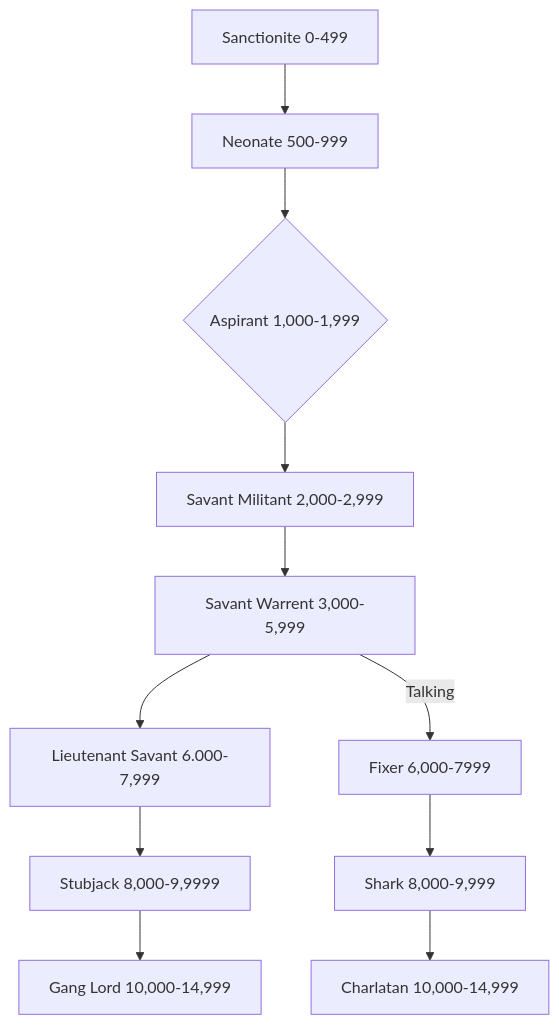
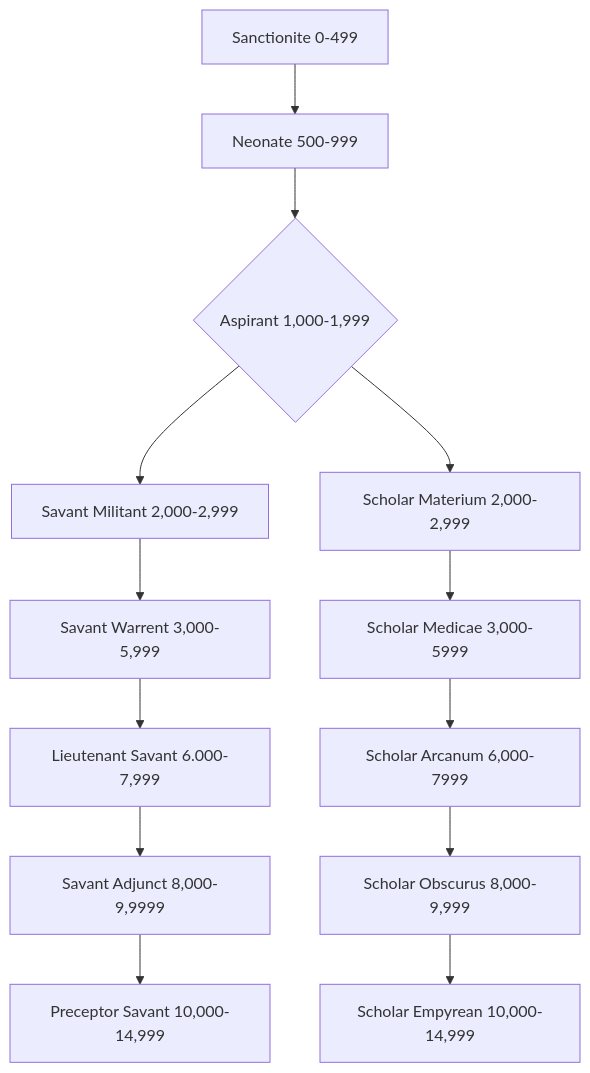
The diagram in Core Rule book/Classes/Imperial Psyker.md (zyzyx159/Rule-books), drawn with Mermaid before and after one commit.

Commit message:
vault backup: 2025-06-10 07:20:09

````diff
--- a/Core Rule book/Classes/Imperial Psyker.md
+++ b/Core Rule book/Classes/Imperial Psyker.md
@@ -24,13 +24,15 @@
 ```mermaid
 graph TD
 A[Sanctionite 0-499] --> B[Neonate 500-999];
 B --> C{Aspirant 1,000-1,999};
 C --> D[Savant Militant 2,000-2,999];
 D --> E[Savant Warrent 3,000-5,999];
 E --> F[Lieutenant Savant 6.000-7,999]
-F --> G[Stubjack 8,000-9,9999]
-G --> H[Gang Lord 10,000-14,999]
-E -- Talking --> I[Fixer 6,000-7999]
-I --> J[Shark 8,000-9,999]
-J --> K[Charlatan 10,000-14,999]
+F --> G[Savant Adjunct 8,000-9,9999]
+G --> H[Preceptor Savant 10,000-14,999]
+C --> I[Scholar Materium 2,000-2,999]
+I --> J[Scholar Medicae 3,000-5999]
+J --> K[Scholar Arcanum 6,000-7999]
+K --> L[Scholar Obscurus 8,000-9,999]
+L --> M[Scholar Empyrean 10,000-14,999]
 ```
````
